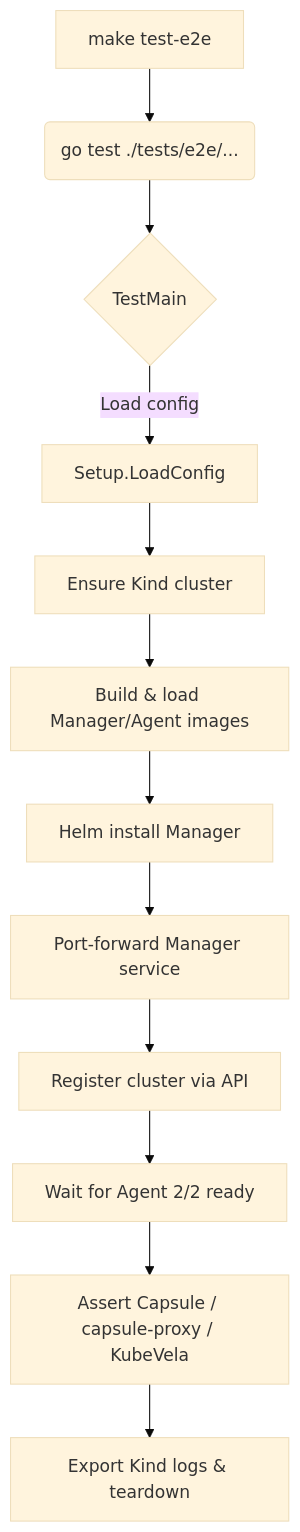
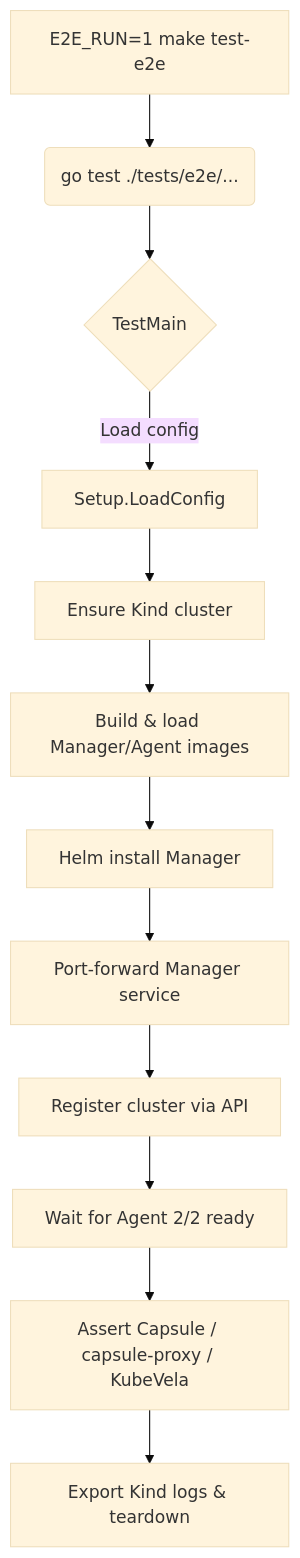
Before and after one commit to vaheed/KubeNova: the diagram in docs/tests.md, drawn with Mermaid (base theme). The commit also changed other lines of this file and 9 other files, not shown here.

````diff
--- a/docs/tests.md
+++ b/docs/tests.md
@@ -19,14 +19,14 @@
 ```mermaid
 graph TD
-    A[make test-e2e] --> B(go test ./tests/e2e/...)
+    A[E2E_RUN=1 make test-e2e] --> B(go test ./tests/e2e/...)
     B --> C{TestMain}
     C -->|Load config| D[Setup.LoadConfig]
     D --> E[Ensure Kind cluster]
     E --> F[Build & load Manager/Agent images]
     F --> G[Helm install Manager]
     G --> H[Port-forward Manager service]
     H --> I[Register cluster via API]
     I --> J[Wait for Agent 2/2 ready]
     J --> K[Assert Capsule / capsule-proxy / KubeVela]
     K --> L[Export Kind logs & teardown]
 ```
````
